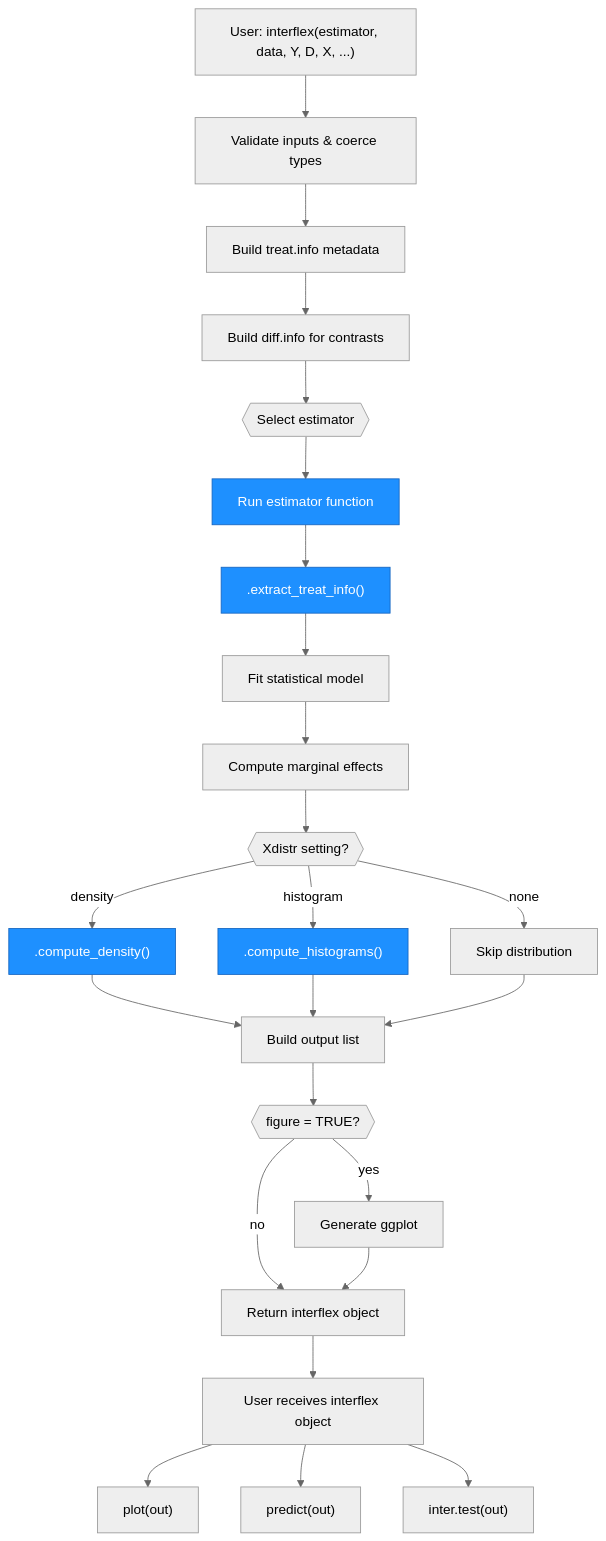
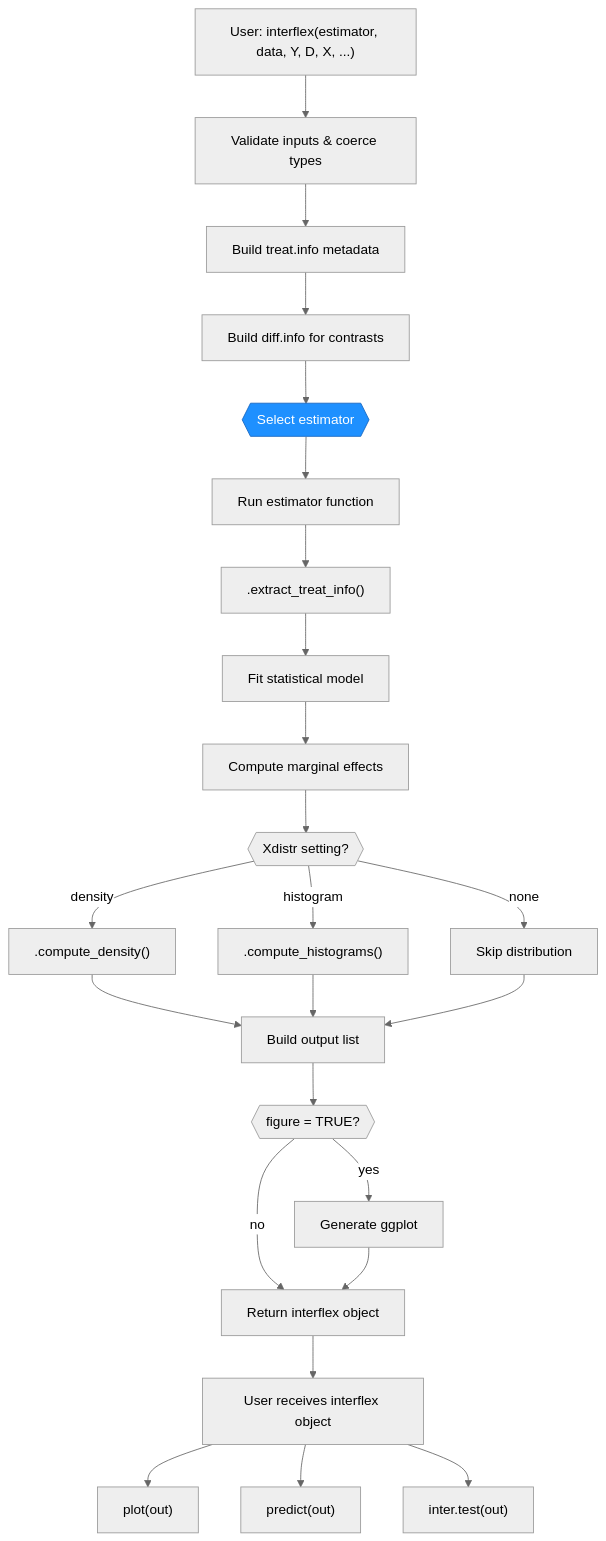
One commit to xuyiqing/interflex changed the fourth of 4 diagrams in architecture.md. Above: the diagram before and after it, drawn with Mermaid. The commit also changed other lines of this file and 10 other files, not shown here.

````diff
--- a/architecture.md
+++ b/architecture.md
@@ -273,35 +264,32 @@
 ```mermaid
 %%{init: {'theme': 'neutral'}}%%
 graph TD
     INPUT["User: interflex(estimator, data, Y, D, X, ...)"]
     INPUT --> VALIDATE["Validate inputs & coerce types"]
     VALIDATE --> TREAT["Build treat.info metadata"]
     TREAT --> DIFF["Build diff.info for contrasts"]
     DIFF --> ROUTE{{"Select estimator"}}
 
     ROUTE --> EST["Run estimator function"]
     EST --> ETI[".extract_treat_info()"]
     ETI --> MODEL["Fit statistical model"]
     MODEL --> ME["Compute marginal effects"]
     ME --> XDISTR{{"Xdistr setting?"}}
     XDISTR -- density --> DENS[".compute_density()"]
     XDISTR -- histogram --> HIST[".compute_histograms()"]
     XDISTR -- none --> SKIP["Skip distribution"]
     DENS --> BUILDOUT["Build output list"]
     HIST --> BUILDOUT
     SKIP --> BUILDOUT
     BUILDOUT --> FIGURE{{"figure = TRUE?"}}
     FIGURE -- yes --> PLOTINT["Generate ggplot"]
     FIGURE -- no --> RETURN["Return interflex object"]
     PLOTINT --> RETURN
 
     RETURN --> USER["User receives interflex object"]
     USER --> SPLOT["plot(out)"]
     USER --> SPRED["predict(out)"]
     USER --> STEST["inter.test(out)"]
 
-    style ETI fill:#1e90ff,stroke:#1565c0,color:#fff
-    style DENS fill:#1e90ff,stroke:#1565c0,color:#fff
-    style HIST fill:#1e90ff,stroke:#1565c0,color:#fff
-    style EST fill:#1e90ff,stroke:#1565c0,color:#fff
+    style ROUTE fill:#1e90ff,stroke:#1565c0,color:#fff
 ```
````
